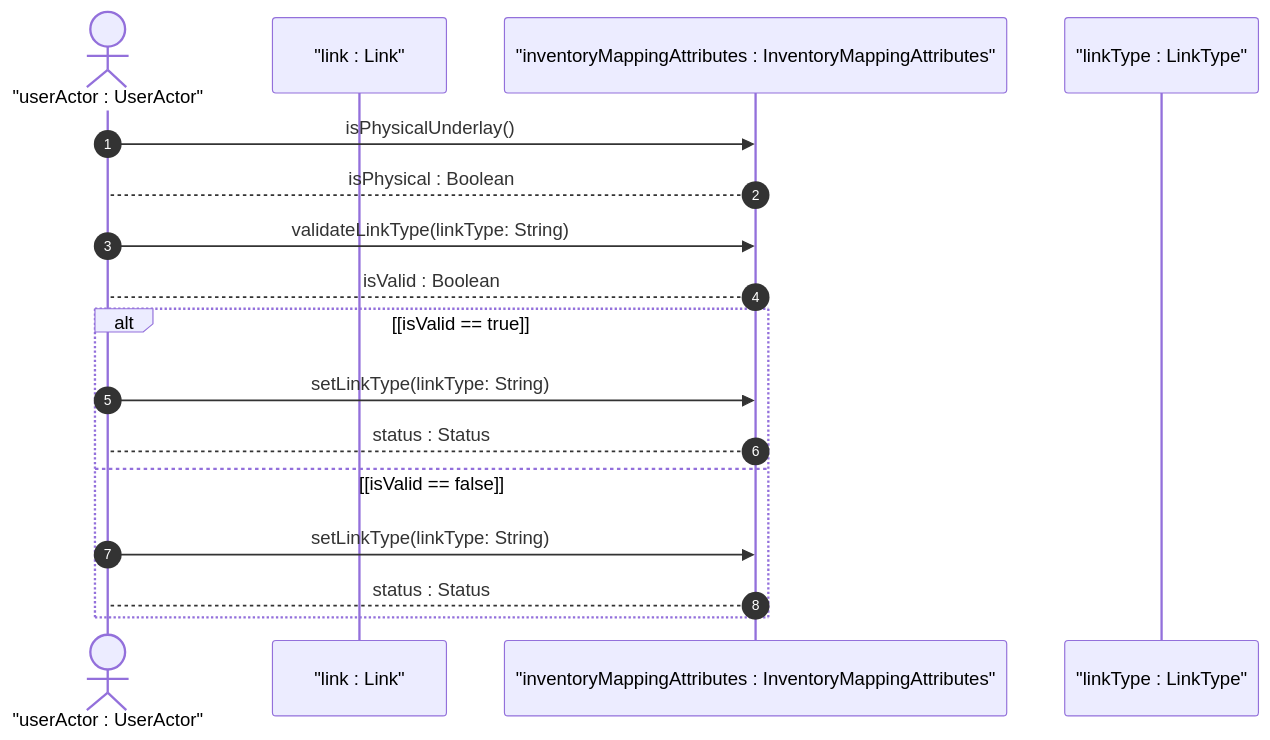
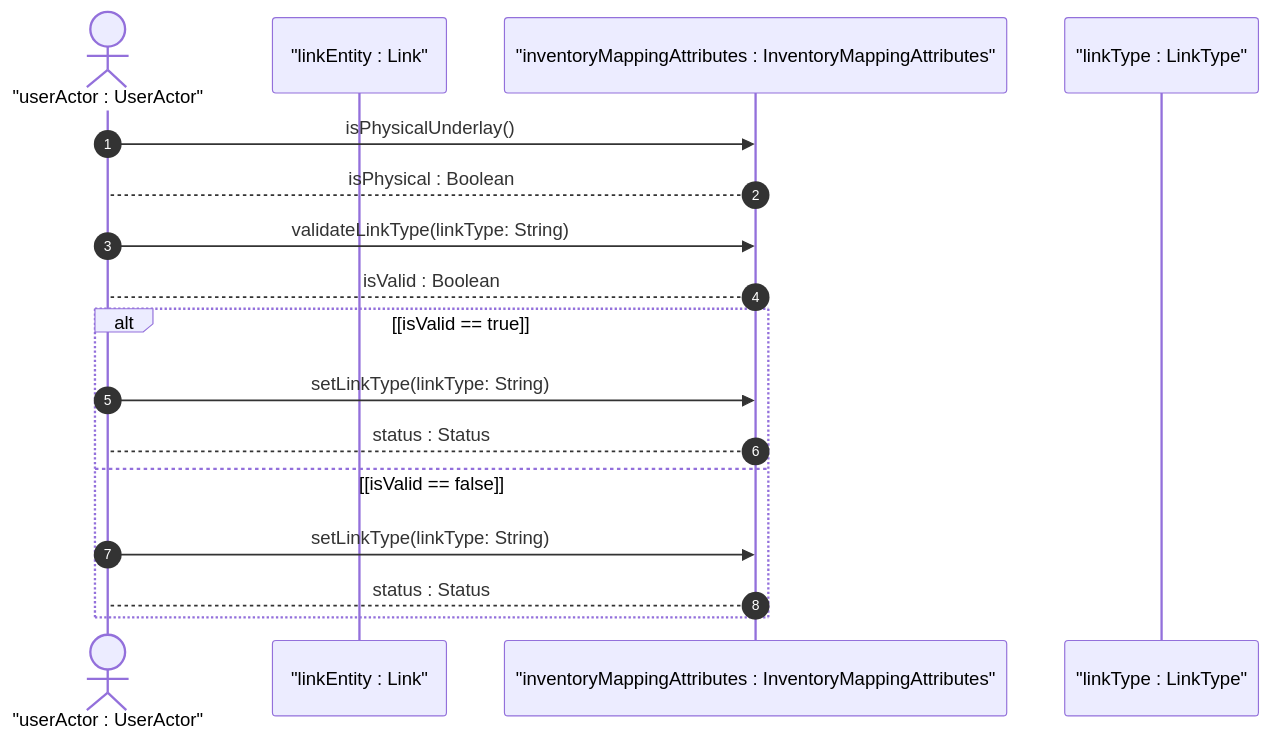
One commit to gintatkinson/3dgs-037 changed the first of 2 diagrams in docs/user-stories/us-27-link-inventory-media-type-classification.md. Above: the diagram before and after it, drawn with Mermaid. The commit also changed 2 other files, not shown here.

Commit message:
fix(docs/linter): rename reserved Mermaid sequence keyword participant link to linkEntity and update linter

````diff
--- a/docs/user-stories/us-27-link-inventory-media-type-classification.md
+++ b/docs/user-stories/us-27-link-inventory-media-type-classification.md
@@ -41,20 +41,20 @@
 ```mermaid
 sequenceDiagram
     autonumber
     actor userActor as "userActor : UserActor"
-    participant link as "link : Link"
+    participant linkEntity as "linkEntity : Link"
     participant inventoryMappingAttributes as "inventoryMappingAttributes : InventoryMappingAttributes"
     participant linkType as "linkType : LinkType"
 
     userActor->>inventoryMappingAttributes: isPhysicalUnderlay()
     inventoryMappingAttributes-->userActor: isPhysical : Boolean
     userActor->>inventoryMappingAttributes: validateLinkType(linkType: String)
     inventoryMappingAttributes-->userActor: isValid : Boolean
     alt [isValid == true]
         userActor->>inventoryMappingAttributes: setLinkType(linkType: String)
         inventoryMappingAttributes-->userActor: status : Status
     else [isValid == false]
         userActor->>inventoryMappingAttributes: setLinkType(linkType: String)
         inventoryMappingAttributes-->userActor: status : Status
     end
 ```
````
